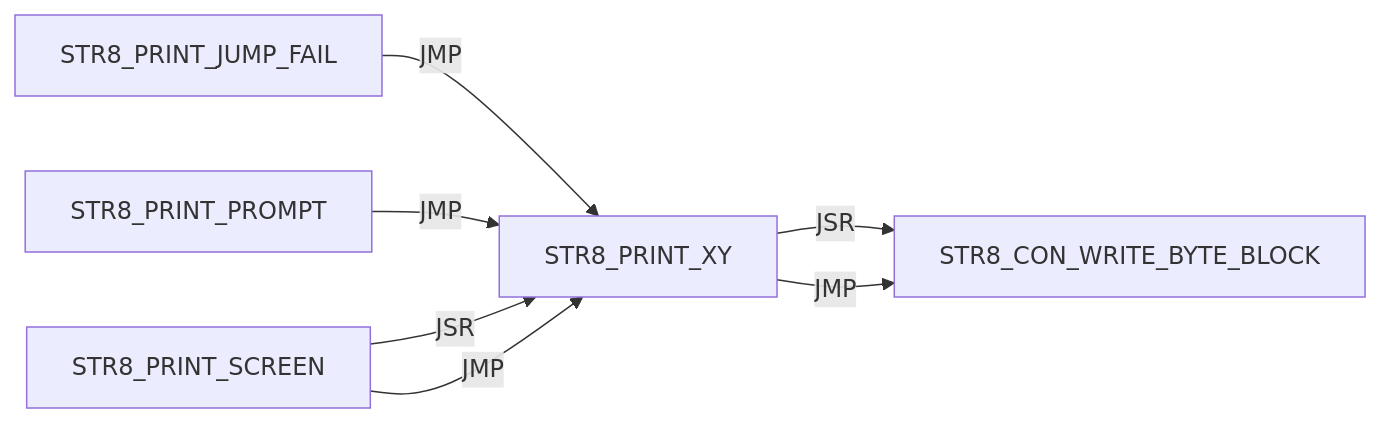
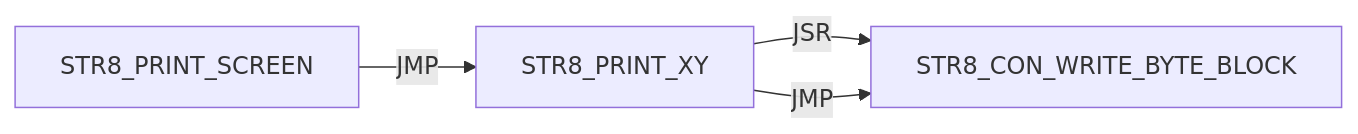
One commit to 95westus/R-YORS changed diagram 18 of 38 in DOC/GUIDES/STR8/STR8_EDGE_DUMP.md. Above: the diagram before and after it, drawn with Mermaid. The commit also changed other lines of this file and 35 other files, not shown here.

````diff
--- a/DOC/GUIDES/STR8/STR8_EDGE_DUMP.md
+++ b/DOC/GUIDES/STR8/STR8_EDGE_DUMP.md
@@ -263,9 +231,6 @@
 ```mermaid
 flowchart LR
-    N0["STR8_PRINT_JUMP_FAIL"] -->|JMP| N1["STR8_PRINT_XY"]
-    N2["STR8_PRINT_PROMPT"] -->|JMP| N1["STR8_PRINT_XY"]
-    N3["STR8_PRINT_SCREEN"] -->|JSR| N1["STR8_PRINT_XY"]
-    N3["STR8_PRINT_SCREEN"] -->|JMP| N1["STR8_PRINT_XY"]
-    N1["STR8_PRINT_XY"] -->|JSR| N4["STR8_CON_WRITE_BYTE_BLOCK"]
-    N1["STR8_PRINT_XY"] -->|JMP| N4["STR8_CON_WRITE_BYTE_BLOCK"]
+    N0["STR8_PRINT_SCREEN"] -->|JMP| N1["STR8_PRINT_XY"]
+    N1["STR8_PRINT_XY"] -->|JSR| N2["STR8_CON_WRITE_BYTE_BLOCK"]
+    N1["STR8_PRINT_XY"] -->|JMP| N2["STR8_CON_WRITE_BYTE_BLOCK"]
 ```
````
